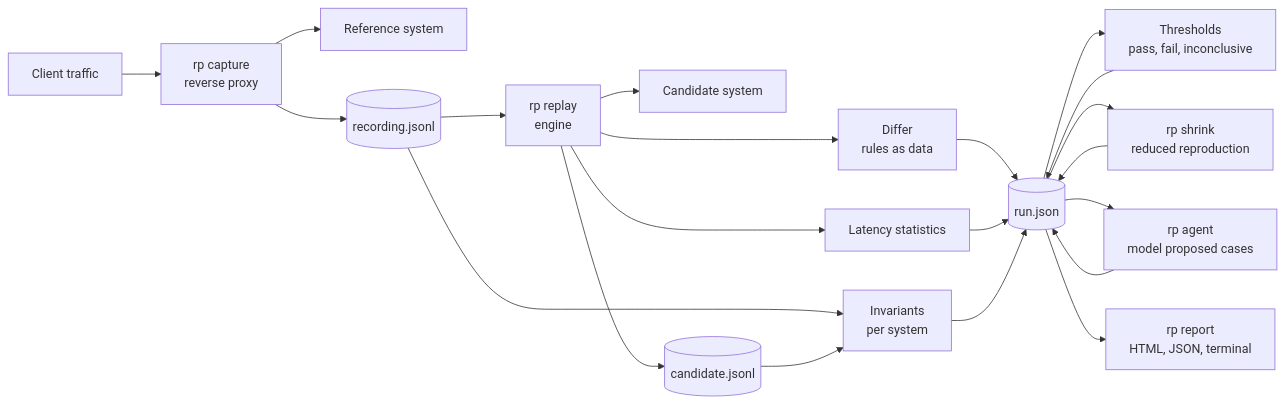
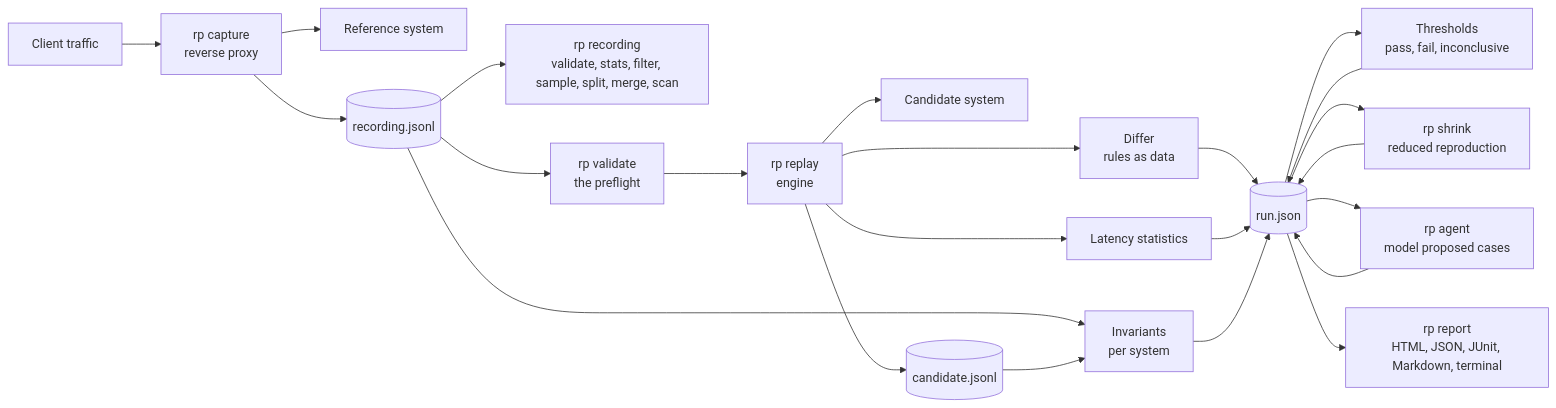
The diagram in docs/architecture.md (lostmineinteractive/replay-parity), drawn with Mermaid before and after one commit. The commit also changed other lines of this file and 5 other files, not shown here.

````diff
--- a/docs/architecture.md
+++ b/docs/architecture.md
@@ -7,23 +7,25 @@
 ```mermaid
 flowchart LR
   client[Client traffic] --> capture[rp capture<br>reverse proxy]
   capture --> reference[Reference system]
   capture --> recording[(recording.jsonl)]
-  recording --> replay[rp replay<br>engine]
+  recording --> tools[rp recording<br>validate, stats, filter, sample, split, merge, scan]
+  recording --> validate[rp validate<br>the preflight]
+  validate --> replay[rp replay<br>engine]
   replay --> candidate[Candidate system]
   replay --> differ[Differ<br>rules as data]
   replay --> stats[Latency statistics]
   replay --> clog[(candidate.jsonl)]
   recording --> invariants[Invariants<br>per system]
   clog --> invariants
   differ --> run[(run.json)]
   stats --> run
   invariants --> run
   run --> thresholds[Thresholds<br>pass, fail, inconclusive]
   thresholds --> run
   run --> shrink[rp shrink<br>reduced reproduction]
   shrink --> run
   run --> agent[rp agent<br>model proposed cases]
   agent --> run
-  run --> report[rp report<br>HTML, JSON, terminal]
+  run --> report[rp report<br>HTML, JSON, JUnit, Markdown, terminal]
 ```
````
